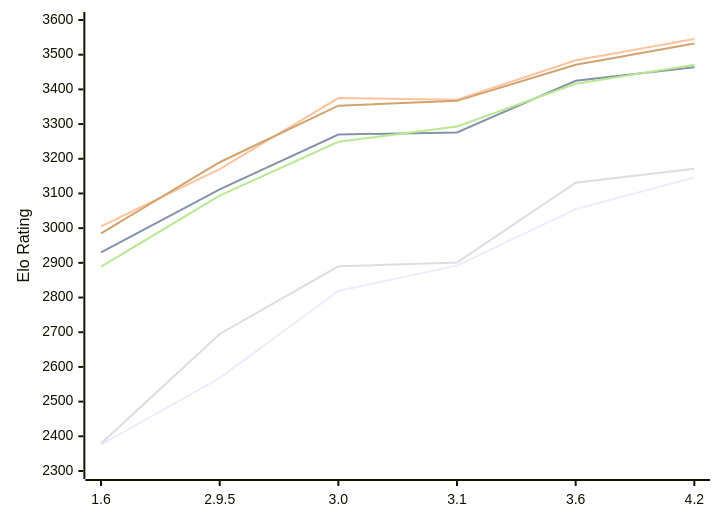
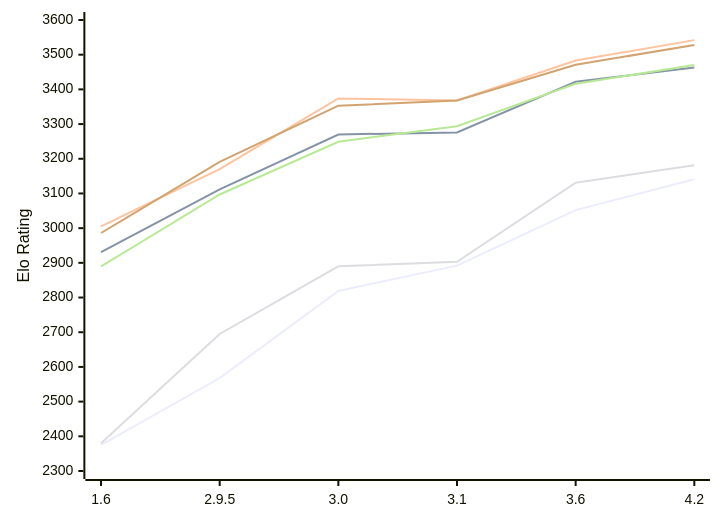
Before and after one commit to computer-chess-index/cci: the diagram in engines/Chessenger.md, drawn with Mermaid. The commit also changed other lines of this file, not shown here.

Commit message:
Update CCI Ratings (ELO VLTC) - 2026-11-27

````diff
--- a/engines/Chessenger.md
+++ b/engines/Chessenger.md
@@ -57,12 +57,12 @@
 ```mermaid
 %%{init: {"theme":"base","themeVariables":{"seriesColors:['#a3a3a3','#222221','#faa371']}}}%%
 xychart-beta
   x-axis ["1.6", "2.9.5", "3.0", "3.1", "3.6", "4.2"]
   y-axis "Elo Rating" 2300 --> 3600
-  line "E1: STC (8.0+0.08s)" [2376, 2568, 2819, 2892, 3055, 3146]
-  line "E1: LTC (60.0+0.60s)" [2930, 3112, 3270, 3276, 3425, 3464]
-  line "E1: VLTC (2m24s+1.12s)" [3005, 3170, 3375, 3370, 3484, 3545]
-  line "P1: STC (8.0+0.08s)" [2379, 2695, 2890, 2901, 3131, 3171]
-  line "P1: LTC (60.0+0.60s)" [2889, 3094, 3249, 3293, 3416, 3471]
-  line "P1: VLTC (2m24s+1.12s)" [2985, 3190, 3353, 3367, 3471, 3532]
+  line "E1: STC (8.0+0.08s)" [2375, 2568, 2819, 2892, 3052, 3141]
+  line "E1: LTC (60.0+0.60s)" [2931, 3112, 3270, 3276, 3422, 3463]
+  line "E1: VLTC (2m24s+1.12s)" [3005, 3170, 3374, 3368, 3483, 3542]
+  line "P1: STC (8.0+0.08s)" [2380, 2695, 2890, 2903, 3131, 3181]
+  line "P1: LTC (60.0+0.60s)" [2890, 3097, 3249, 3294, 3416, 3470]
+  line "P1: VLTC (2m24s+1.12s)" [2986, 3191, 3353, 3368, 3471, 3528]
 ```
````
